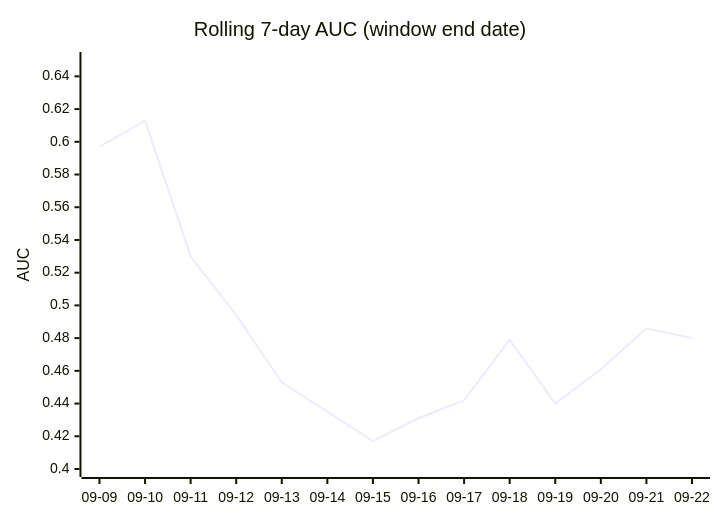
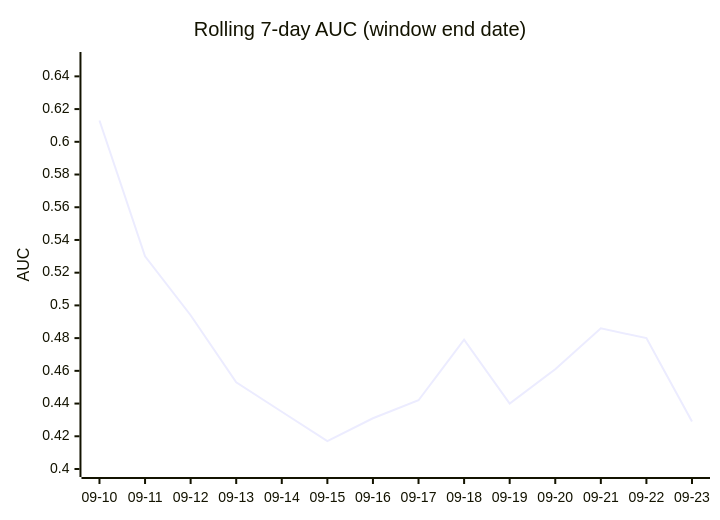
One commit to dpk1212/nhl-savant changed the third of 4 diagrams in DAILY_AGSU_REPORT.md. Above: the diagram before and after it, drawn with Mermaid. The commit also changed other lines of this file, not shown here.

````diff
--- a/DAILY_AGSU_REPORT.md
+++ b/DAILY_AGSU_REPORT.md
@@ -854,7 +865,7 @@
 ```mermaid
 xychart-beta
     title "Rolling 7-day AUC (window end date)"
-    x-axis ["09-09", "09-10", "09-11", "09-12", "09-13", "09-14", "09-15", "09-16", "09-17", "09-18", "09-19", "09-20", "09-21", "09-22"]
+    x-axis ["09-10", "09-11", "09-12", "09-13", "09-14", "09-15", "09-16", "09-17", "09-18", "09-19", "09-20", "09-21", "09-22", "09-23"]
     y-axis "AUC" 0.4 --> 0.65
-    line [0.597, 0.613, 0.53, 0.494, 0.453, 0.435, 0.417, 0.431, 0.442, 0.479, 0.44, 0.461, 0.486, 0.48]
+    line [0.613, 0.53, 0.494, 0.453, 0.435, 0.417, 0.431, 0.442, 0.479, 0.44, 0.461, 0.486, 0.48, 0.429]
 ```
````
